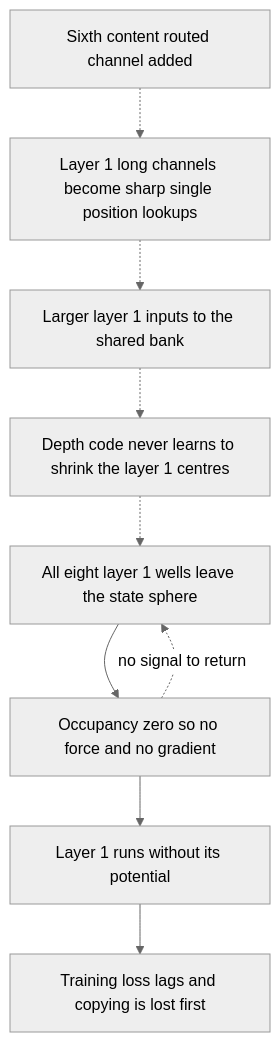
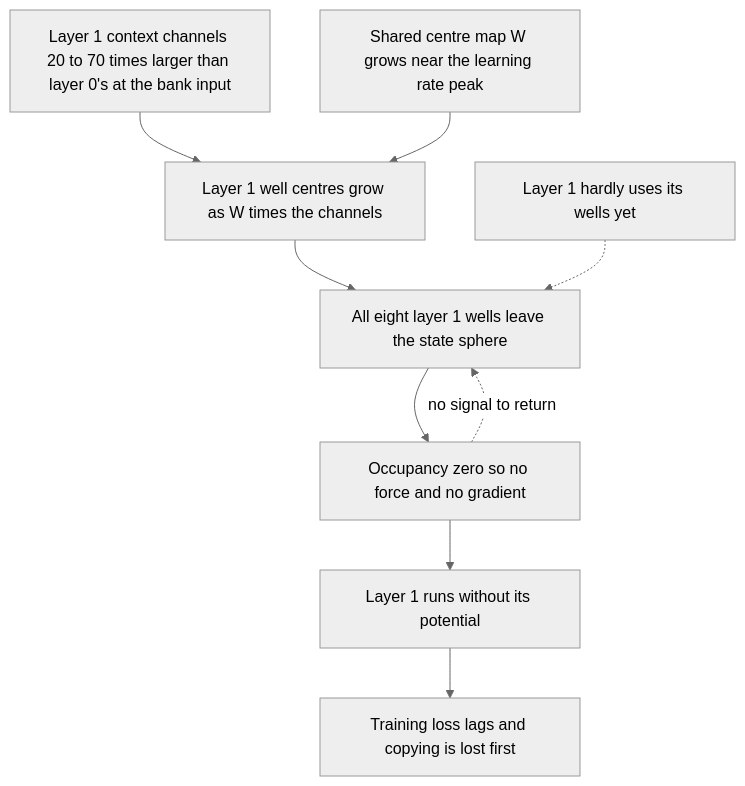
Before and after one commit to dimitarpg13/semsimula-paper: the diagram in companion_notes/Dead_Wells_in_the_Joint_V_theta_Bank.md, drawn with Mermaid (neutral theme). The commit also changed other lines of this file and 52 other files, not shown here.

````diff
--- a/companion_notes/Dead_Wells_in_the_Joint_V_theta_Bank.md
+++ b/companion_notes/Dead_Wells_in_the_Joint_V_theta_Bank.md
@@ -215,19 +218,19 @@
 ```mermaid
 flowchart TD
-    A["Sixth content routed channel added"]
-    B["Layer 1 long channels become sharp single position lookups"]
-    C["Larger layer 1 inputs to the shared bank"]
-    D["Depth code never learns to shrink the layer 1 centres"]
+    A["Layer 1 context channels 20 to 70 times larger than layer 0's at the bank input"]
+    B["Shared centre map W grows near the learning rate peak"]
+    C["Layer 1 well centres grow as W times the channels"]
+    D["Layer 1 hardly uses its wells yet"]
     E["All eight layer 1 wells leave the state sphere"]
     F["Occupancy zero so no force and no gradient"]
     G["Layer 1 runs without its potential"]
     H["Training loss lags and copying is lost first"]
-    A -.-> B
-    B -.-> C
-    C -.-> D
+    A --> C
+    B --> C
+    C --> E
     D -.-> E
     E --> F
     F --> G
     G --> H
     F -.->|no signal to return| E
 ```
````
